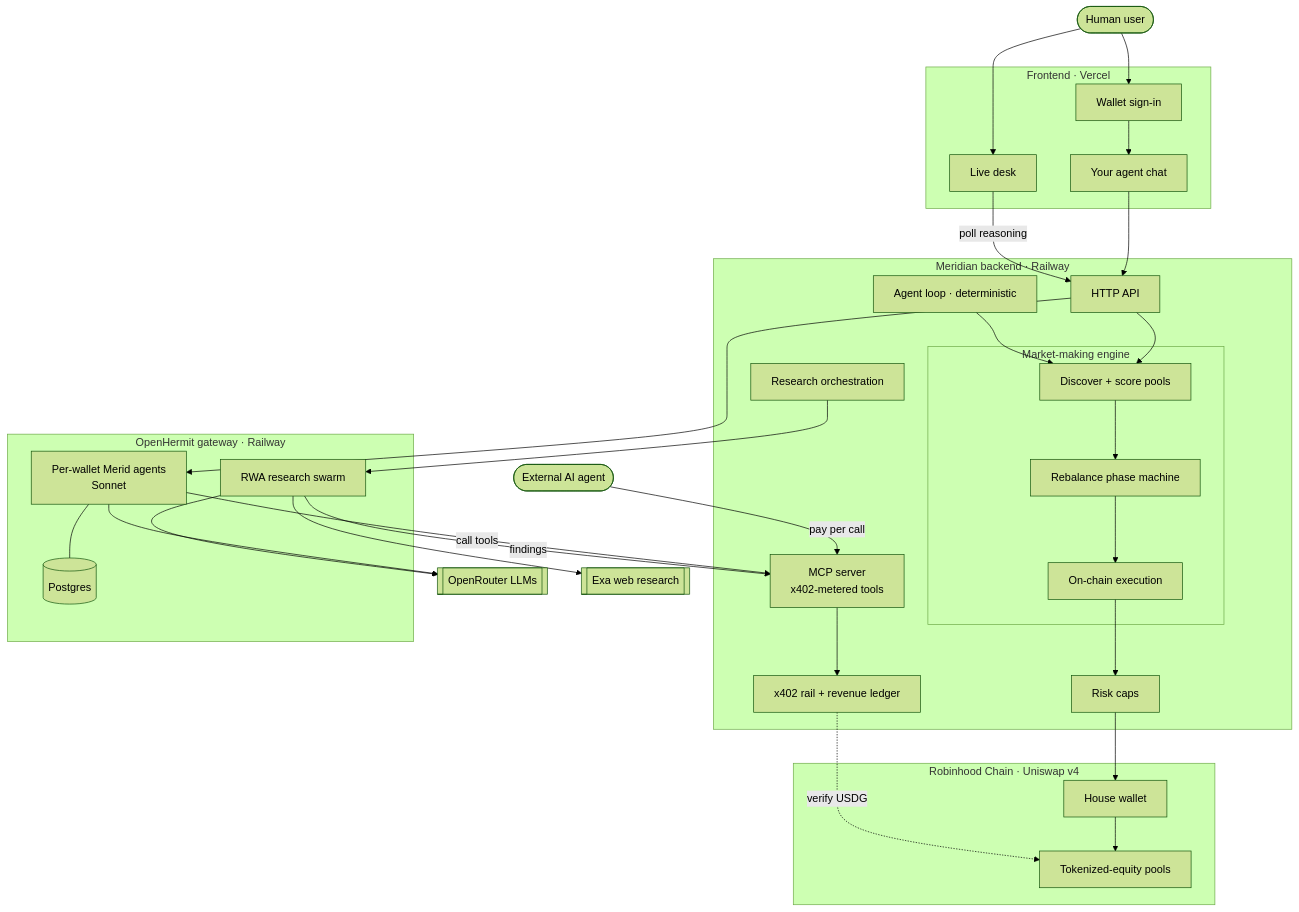
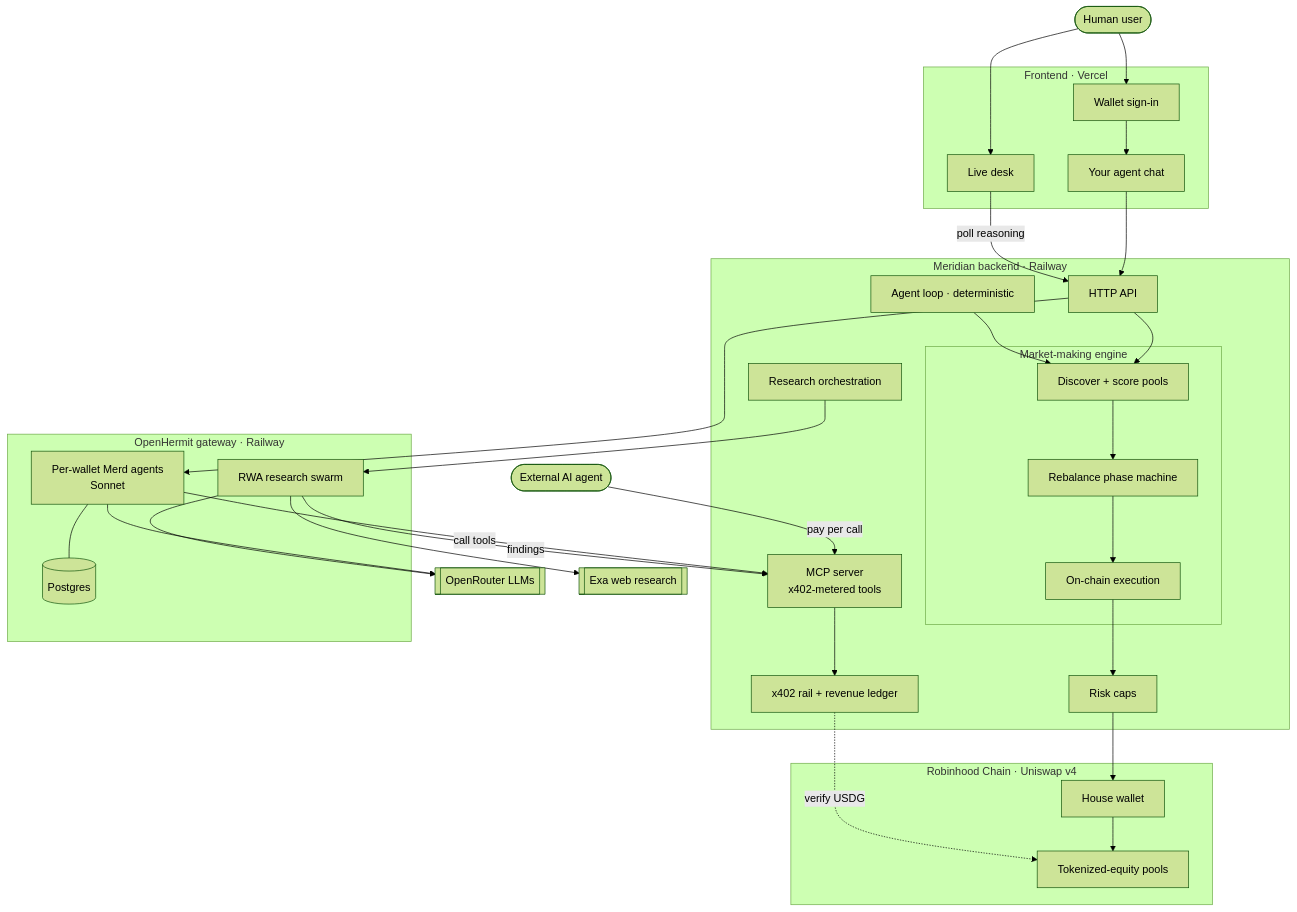
The diagram in README.md (louz514/meridian), drawn with Mermaid (forest theme) before and after one commit. The commit also changed other lines of this file and 34 other files, not shown here.

First line of the commit message:
Meridian backend: session work + Merid->Merd rebrand; frontend moved to its own repo

````diff
--- a/README.md
+++ b/README.md
@@ -43,61 +43,61 @@
 ```mermaid
 flowchart TB
     U([Human user])
     EA([External AI agent])
 
     subgraph FE["Frontend · Vercel"]
         DESK[Live desk]
         AUTH[Wallet sign-in]
         CHAT[Your agent chat]
     end
 
     subgraph BE["Meridian backend · Railway"]
         API[HTTP API]
         MCP["MCP server<br/>x402-metered tools"]
         LOOP["Agent loop · deterministic"]
         subgraph ENGINE["Market-making engine"]
             SCORE["Discover + score pools"]
             GUARD[Rebalance phase machine]
             EXEC[On-chain execution]
         end
         X402["x402 rail + revenue ledger"]
         RISK[Risk caps]
         ORCH[Research orchestration]
     end
 
     subgraph OH["OpenHermit gateway · Railway"]
-        MERID["Per-wallet Merid agents<br/>Sonnet"]
+        MERID["Per-wallet Merd agents<br/>Sonnet"]
         SWARM[RWA research swarm]
         DB[(Postgres)]
     end
 
     subgraph CHAIN["Robinhood Chain · Uniswap v4"]
         HW[House wallet]
         POOLS[Tokenized-equity pools]
     end
 
     OR[[OpenRouter LLMs]]
     EXA[[Exa web research]]
 
     U --> DESK
     U --> AUTH --> CHAT --> API
     DESK -->|poll reasoning| API
     EA -->|pay per call| MCP
 
     API --> MERID
     MERID -->|call tools| MCP
     MCP --> X402
     MERID --> OR
     MERID --- DB
 
     API --> SCORE
     LOOP --> SCORE
     SCORE --> GUARD --> EXEC
     EXEC --> RISK --> HW --> POOLS
     X402 -.verify USDG.-> POOLS
 
     ORCH --> SWARM
     SWARM --> EXA
     SWARM --> OR
     SWARM -->|findings| MCP
 ```
````
